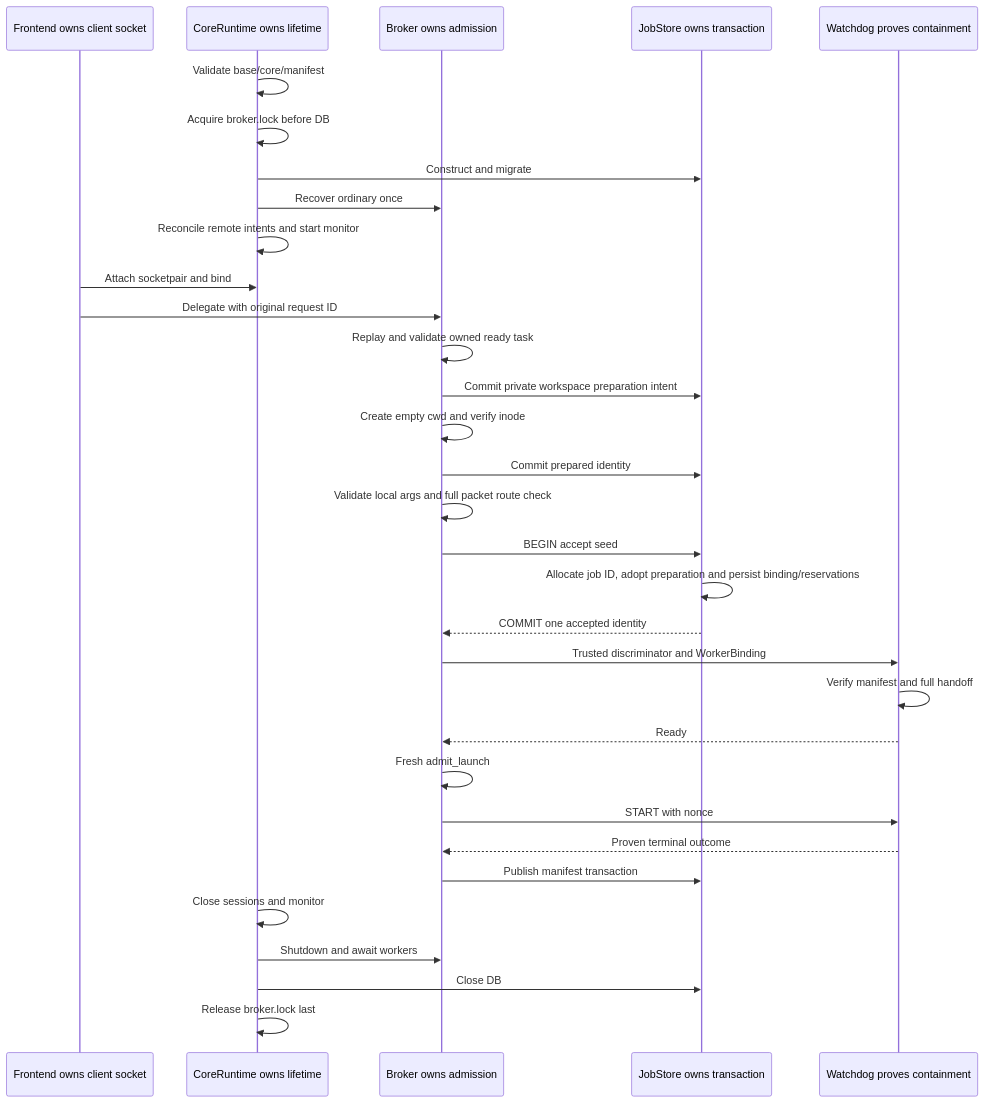
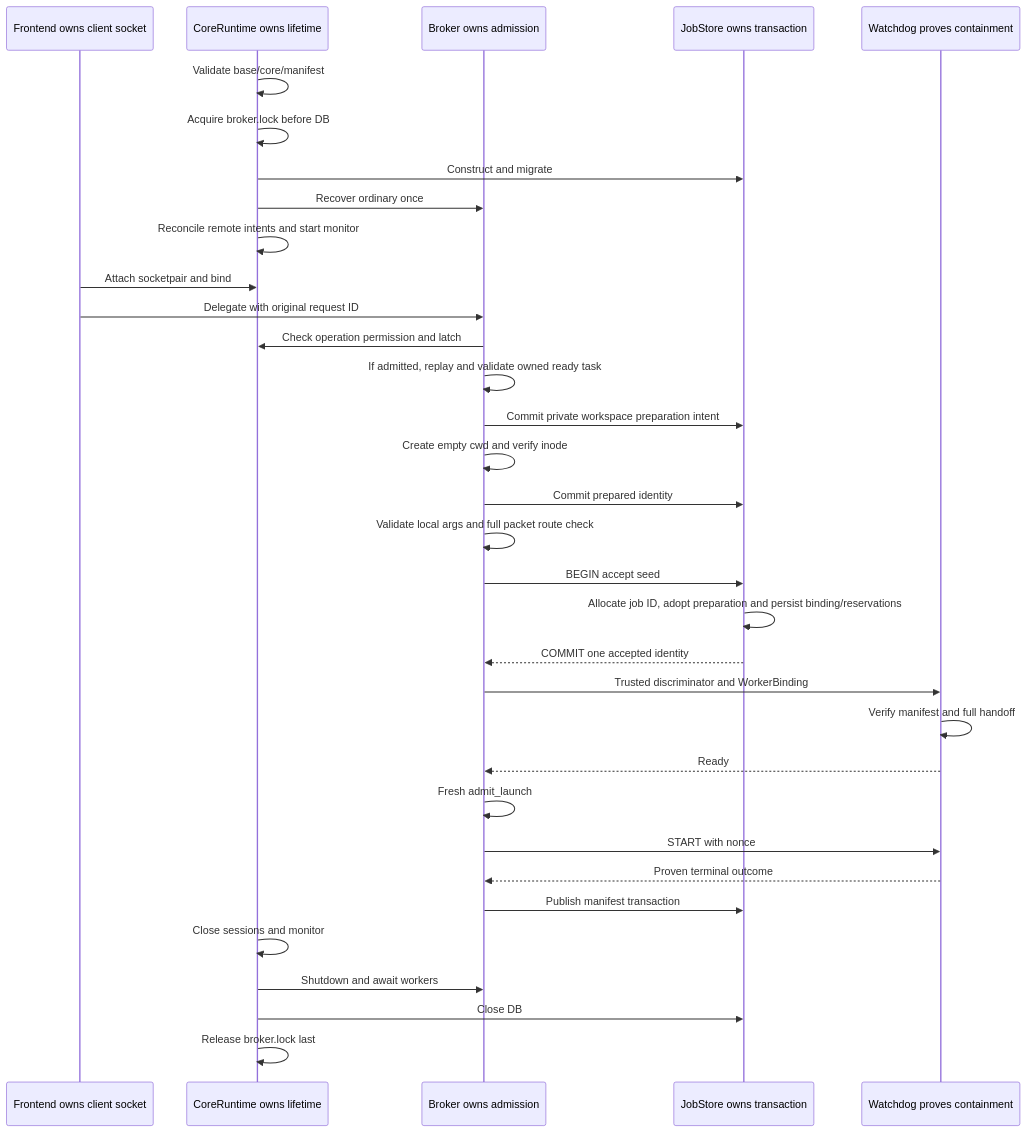
The first of 4 diagrams in docs/mcp-worker/COWORK-MCP-008.md (4list233/CortadOS-Router), drawn with Mermaid before and after one commit. The commit also changed other lines of this file and 2 other files, not shown here.

````diff
--- a/docs/mcp-worker/COWORK-MCP-008.md
+++ b/docs/mcp-worker/COWORK-MCP-008.md
@@ -454,34 +492,35 @@
 ```mermaid
 sequenceDiagram
   participant F as Frontend owns client socket
   participant R as CoreRuntime owns lifetime
   participant B as Broker owns admission
   participant J as JobStore owns transaction
   participant W as Watchdog proves containment
   R->>R: Validate base/core/manifest
   R->>R: Acquire broker.lock before DB
   R->>J: Construct and migrate
   R->>B: Recover ordinary once
   R->>R: Reconcile remote intents and start monitor
   F->>R: Attach socketpair and bind
   F->>B: Delegate with original request ID
-  B->>B: Replay and validate owned ready task
+  B->>R: Check operation permission and latch
+  B->>B: If admitted, replay and validate owned ready task
   B->>J: Commit private workspace preparation intent
   B->>B: Create empty cwd and verify inode
   B->>J: Commit prepared identity
   B->>B: Validate local args and full packet route check
   B->>J: BEGIN accept seed
   J->>J: Allocate job ID, adopt preparation and persist binding/reservations
   J-->>B: COMMIT one accepted identity
   B->>W: Trusted discriminator and WorkerBinding
   W->>W: Verify manifest and full handoff
   W-->>B: Ready
   B->>B: Fresh admit_launch
   B->>W: START with nonce
   W-->>B: Proven terminal outcome
   B->>J: Publish manifest transaction
   R->>R: Close sessions and monitor
   R->>B: Shutdown and await workers
   R->>J: Close DB
   R->>R: Release broker.lock last
 ```
````
